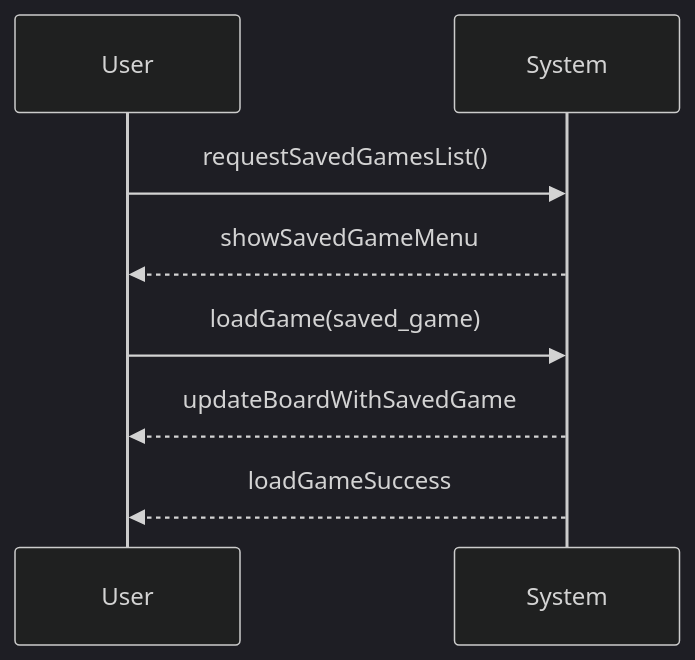
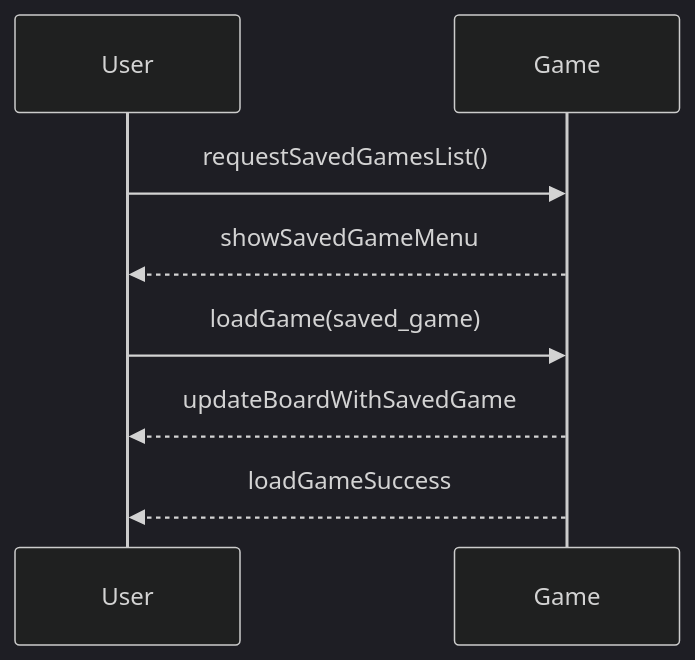
The diagram in system-sequence-diagrams/load-saved-game.md (Shamdan17/Bricking_Bad), drawn with Mermaid (dark theme) before and after one commit. The commit also changed other lines of this file and 14 other files, not shown here.

Commit message:
change all instances of system to game

````diff
--- a/system-sequence-diagrams/load-saved-game.md
+++ b/system-sequence-diagrams/load-saved-game.md
@@ -3,10 +3,10 @@
 ```mermaid
 sequenceDiagram
 participant User
-participant System
-User->> System: requestSavedGamesList()
-System-->>User: showSavedGameMenu
-User->> System: loadGame(saved_game)
-System-->>User: updateBoardWithSavedGame
-System-->>User: loadGameSuccess
+participant Game
+User->> Game: requestSavedGamesList()
+Game-->>User: showSavedGameMenu
+User->> Game: loadGame(saved_game)
+Game-->>User: updateBoardWithSavedGame
+Game-->>User: loadGameSuccess
 ```
````
